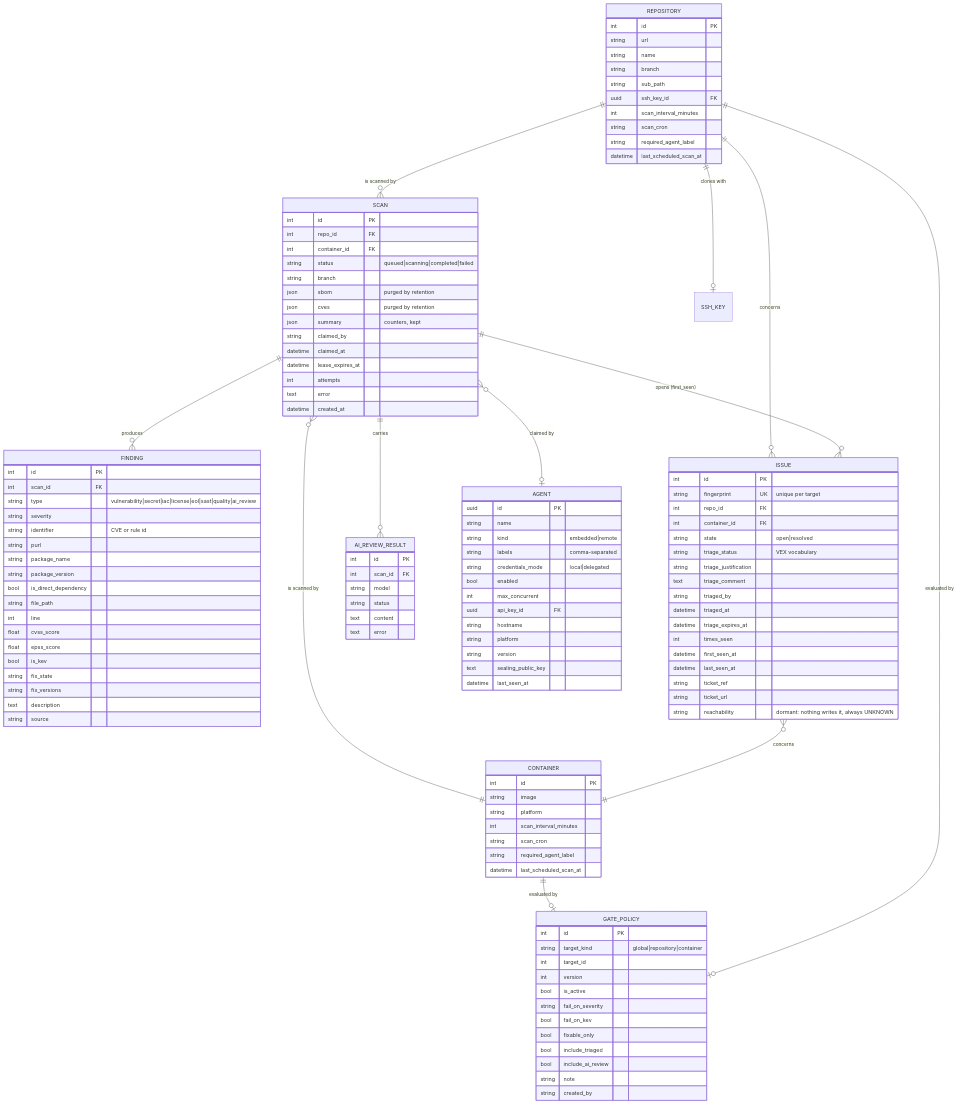
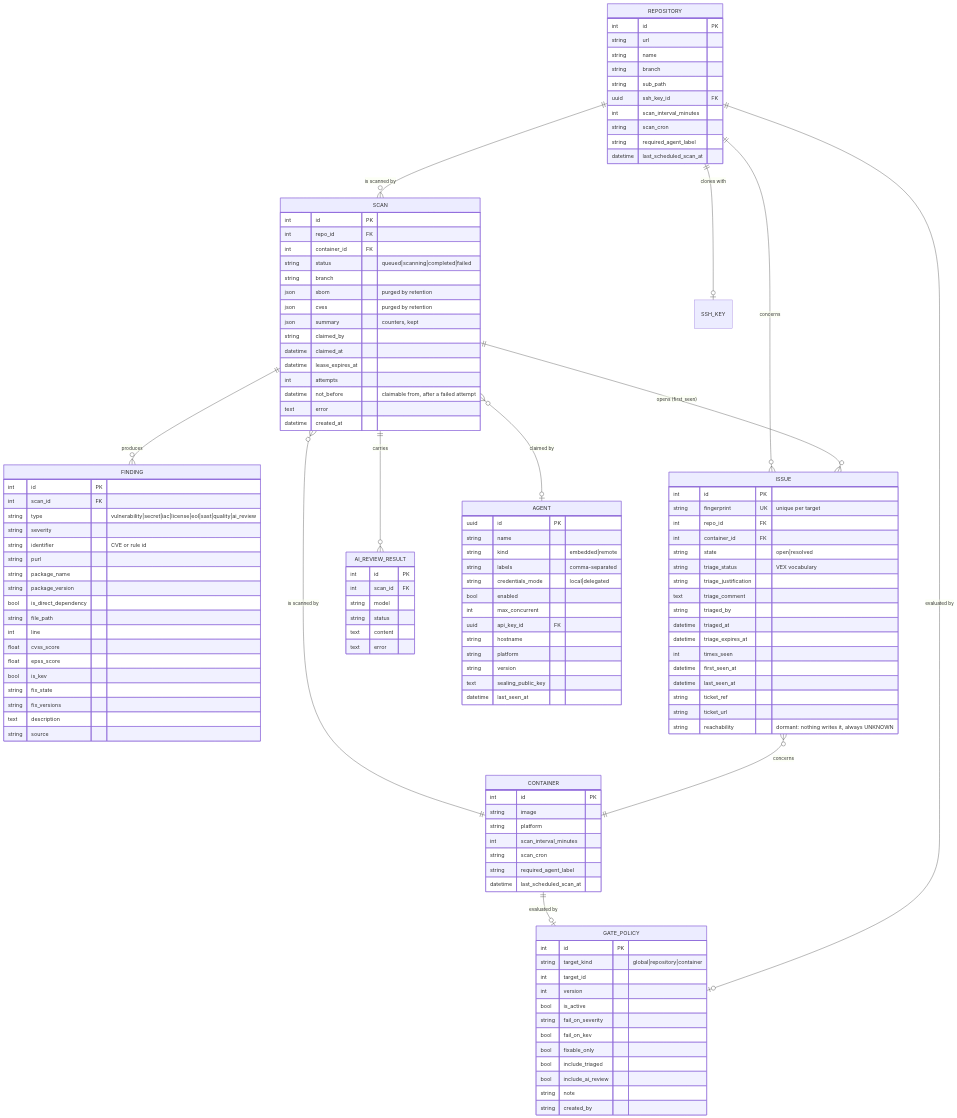
One commit to asmolabs/vectispire changed the second of 3 diagrams in docs/en/TECHNICAL_DOCUMENTATION.md. Above: the diagram before and after it, drawn with Mermaid. The commit also changed 13 other files, not shown here.

```diff
--- a/docs/en/TECHNICAL_DOCUMENTATION.md
+++ b/docs/en/TECHNICAL_DOCUMENTATION.md
@@ -156,6 +156,7 @@
         datetime claimed_at
         datetime lease_expires_at
         int attempts
+        datetime not_before "claimable from, after a failed attempt"
         text error
         datetime created_at
     }
```
